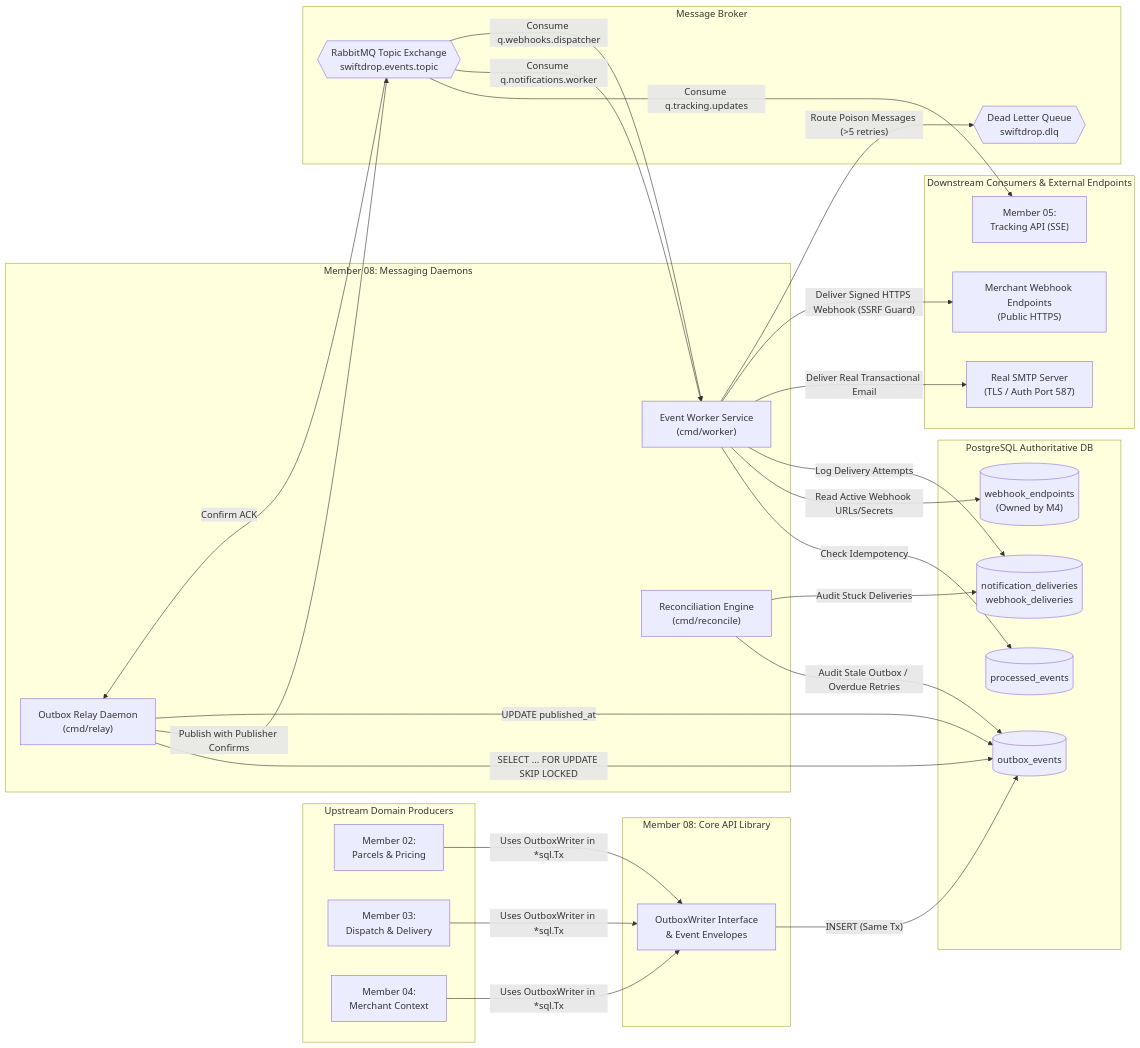
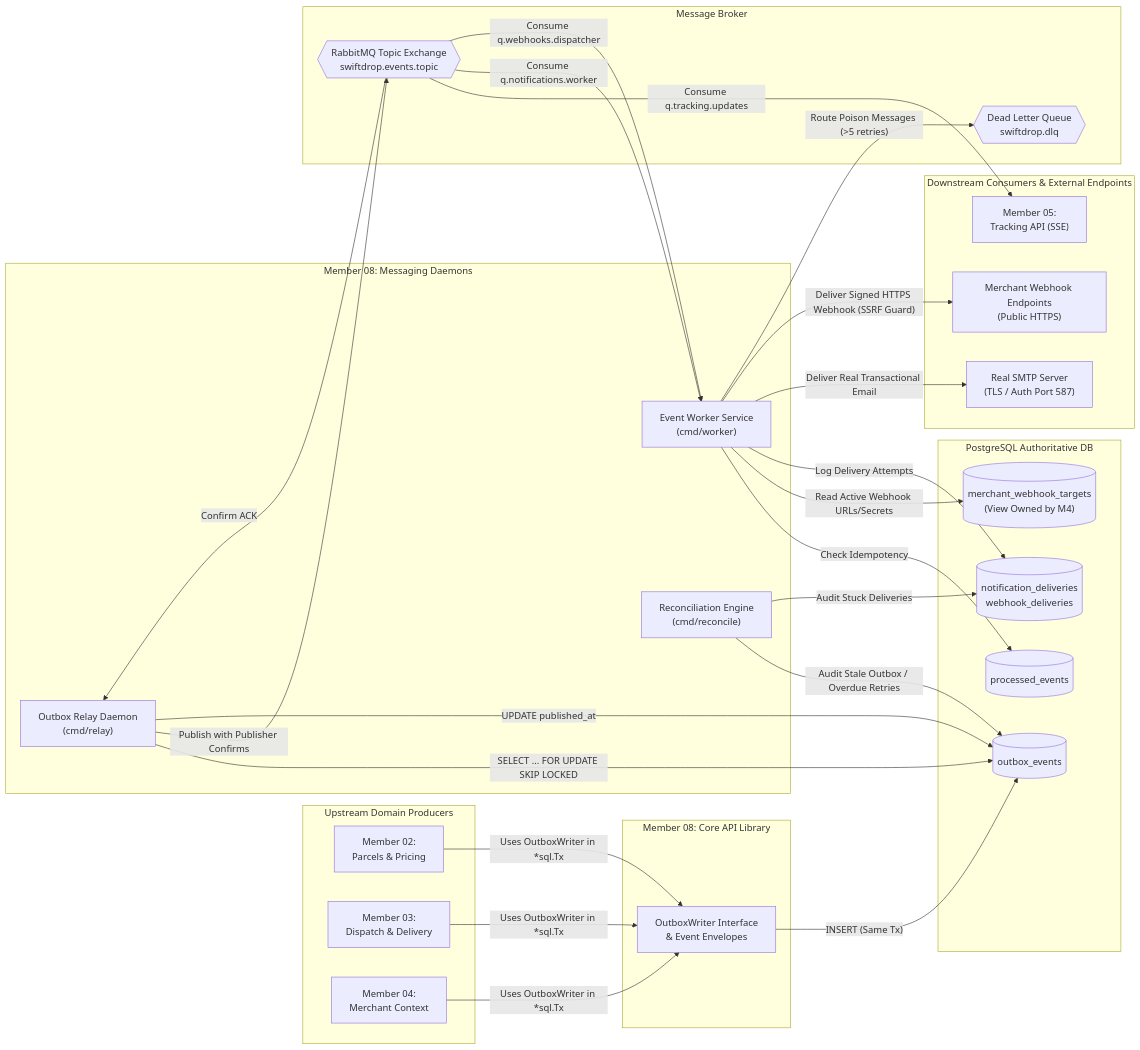
The diagram in docs/drafts/member-08-events-messaging/doc-01-scope-and-responsibilities.md (phantomTroupeEAD/SwiftDrop), drawn with Mermaid before and after one commit. The commit also changed other lines of this file and 8 other files, not shown here.

Commit message:
docs(member-08): resolve schema_version contract drift and operational review findings

````diff
--- a/docs/drafts/member-08-events-messaging/doc-01-scope-and-responsibilities.md
+++ b/docs/drafts/member-08-events-messaging/doc-01-scope-and-responsibilities.md
@@ -83,61 +83,61 @@
 ```mermaid
 flowchart LR
     subgraph Upstream ["Upstream Domain Producers"]
         M2["Member 02:<br/>Parcels & Pricing"]
         M3["Member 03:<br/>Dispatch & Delivery"]
         M4["Member 04:<br/>Merchant Context"]
     end
 
     subgraph M8_Core ["Member 08: Core API Library"]
         OBW["OutboxWriter Interface<br/>& Event Envelopes"]
     end
 
     subgraph Storage ["PostgreSQL Authoritative DB"]
         OBT[("outbox_events")]
         DLV[("notification_deliveries<br/>webhook_deliveries")]
         IDM[("processed_events")]
-        WHE[("webhook_endpoints<br/>(Owned by M4)")]
+        WHE[("merchant_webhook_targets<br/>(View Owned by M4)")]
     end
 
     subgraph M8_Daemons ["Member 08: Messaging Daemons"]
         REL["Outbox Relay Daemon<br/>(cmd/relay)"]
         WKR["Event Worker Service<br/>(cmd/worker)"]
         REC["Reconciliation Engine<br/>(cmd/reconcile)"]
     end
 
     subgraph Broker ["Message Broker"]
         RMQ{{"RabbitMQ Topic Exchange<br/>swiftdrop.events.topic"}}
         DLQ{{"Dead Letter Queue<br/>swiftdrop.dlq"}}
     end
 
     subgraph Downstream ["Downstream Consumers & External Endpoints"]
         M5["Member 05:<br/>Tracking API (SSE)"]
         SMTP["Real SMTP Server<br/>(TLS / Auth Port 587)"]
         WH["Merchant Webhook Endpoints<br/>(Public HTTPS)"]
     end
 
     M2 -->|"Uses OutboxWriter in *sql.Tx"| OBW
     M3 -->|"Uses OutboxWriter in *sql.Tx"| OBW
     M4 -->|"Uses OutboxWriter in *sql.Tx"| OBW
     OBW -->|"INSERT (Same Tx)"| OBT
 
     REL -->|"SELECT ... FOR UPDATE SKIP LOCKED"| OBT
     REL -->|"Publish with Publisher Confirms"| RMQ
     RMQ -->|"Confirm ACK"| REL
     REL -->|"UPDATE published_at"| OBT
 
     RMQ -->|"Consume q.tracking.updates"| M5
     RMQ -->|"Consume q.notifications.worker"| WKR
     RMQ -->|"Consume q.webhooks.dispatcher"| WKR
 
     WKR -->|"Check Idempotency"| IDM
     WKR -->|"Read Active Webhook URLs/Secrets"| WHE
     WKR -->|"Log Delivery Attempts"| DLV
 
     WKR -->|"Deliver Real Transactional Email"| SMTP
     WKR -->|"Deliver Signed HTTPS Webhook (SSRF Guard)"| WH
     WKR -->|"Route Poison Messages (>5 retries)"| DLQ
 
     REC -->|"Audit Stale Outbox / Overdue Retries"| OBT
     REC -->|"Audit Stuck Deliveries"| DLV
 ```
````
